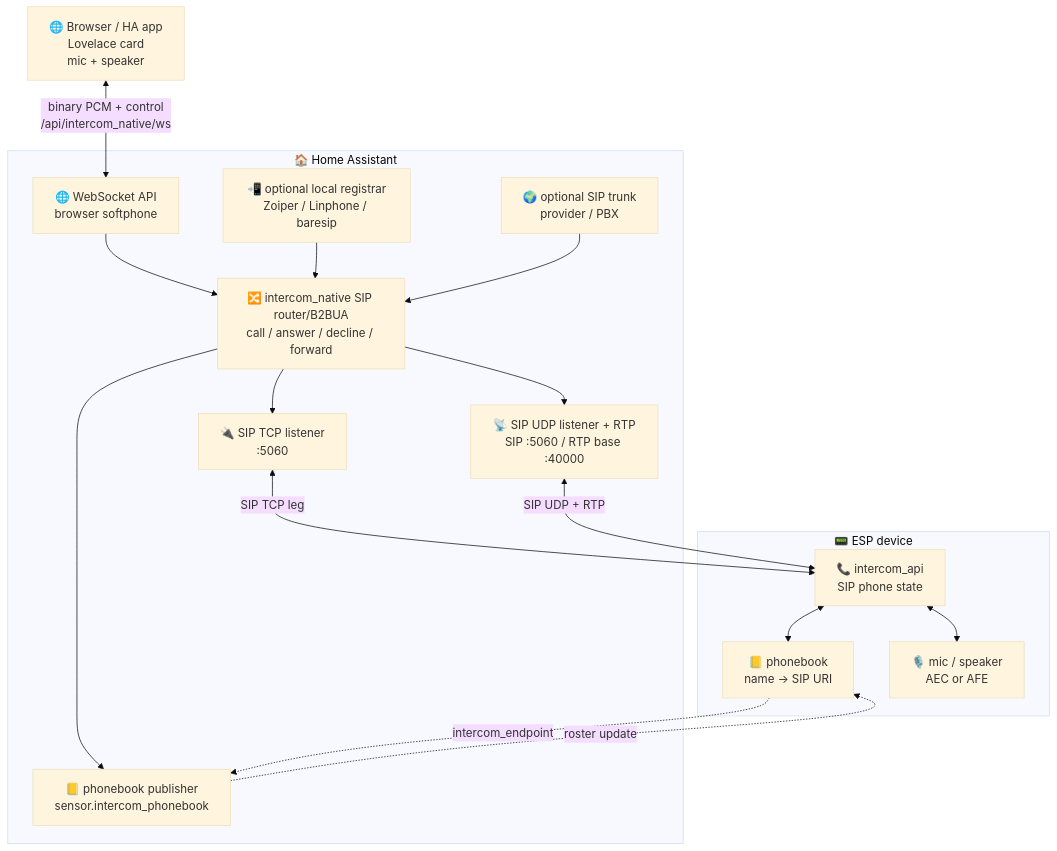
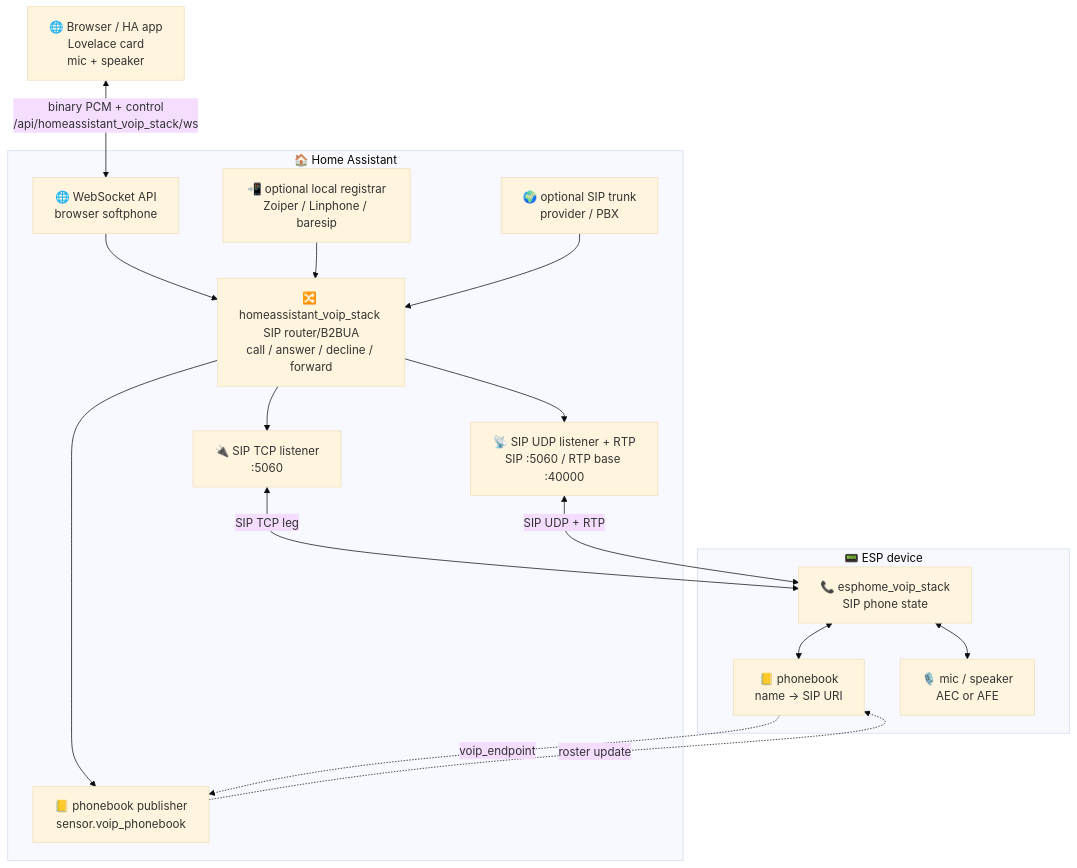
Before and after one commit to csfrussa/esphome-intercom: the first of 6 diagrams in README.md, drawn with Mermaid (base theme). The commit also changed other lines of this file and 276 other files, not shown here.

Commit message:
Rename intercom stacks to VoIP stack

````diff
--- a/README.md
+++ b/README.md
@@ -547,34 +547,34 @@
 ```mermaid
 flowchart TD
     Browser["🌐 Browser / HA app<br/>Lovelace card<br/>mic + speaker"]
 
     subgraph HA["🏠 Home Assistant"]
         WS["🌐 WebSocket API<br/>browser softphone"]
-        Router["🔀 intercom_native SIP router/B2BUA<br/>call / answer / decline / forward"]
-        Roster["📒 phonebook publisher<br/>sensor.intercom_phonebook"]
+        Router["🔀 homeassistant_voip_stack SIP router/B2BUA<br/>call / answer / decline / forward"]
+        Roster["📒 phonebook publisher<br/>sensor.voip_phonebook"]
         Registrar["📲 optional local registrar<br/>Zoiper / Linphone / baresip"]
         Trunk["🌍 optional SIP trunk<br/>provider / PBX"]
         TCP["🔌 SIP TCP listener<br/>:5060"]
         UDP["📡 SIP UDP listener + RTP<br/>SIP :5060 / RTP base :40000"]
     end
 
     subgraph ESP["📟 ESP device"]
-        FSM["📞 intercom_api<br/>SIP phone state"]
+        FSM["📞 esphome_voip_stack<br/>SIP phone state"]
         Book["📒 phonebook<br/>name → SIP URI"]
         Audio["🎙️ mic / speaker<br/>AEC or AFE"]
     end
 
-    Browser <-->|"binary PCM + control<br/>/api/intercom_native/ws"| WS
+    Browser <-->|"binary PCM + control<br/>/api/homeassistant_voip_stack/ws"| WS
     WS --> Router
     Registrar --> Router
     Trunk --> Router
     Router --> TCP
     Router --> UDP
     Router --> Roster
-    Book -. "intercom_endpoint" .-> Roster
+    Book -. "voip_endpoint" .-> Roster
     Roster -. "roster update" .-> Book
     TCP <-->|"SIP TCP leg"| FSM
     UDP <-->|"SIP UDP + RTP"| FSM
     FSM <--> Book
     FSM <--> Audio
 ```
````
